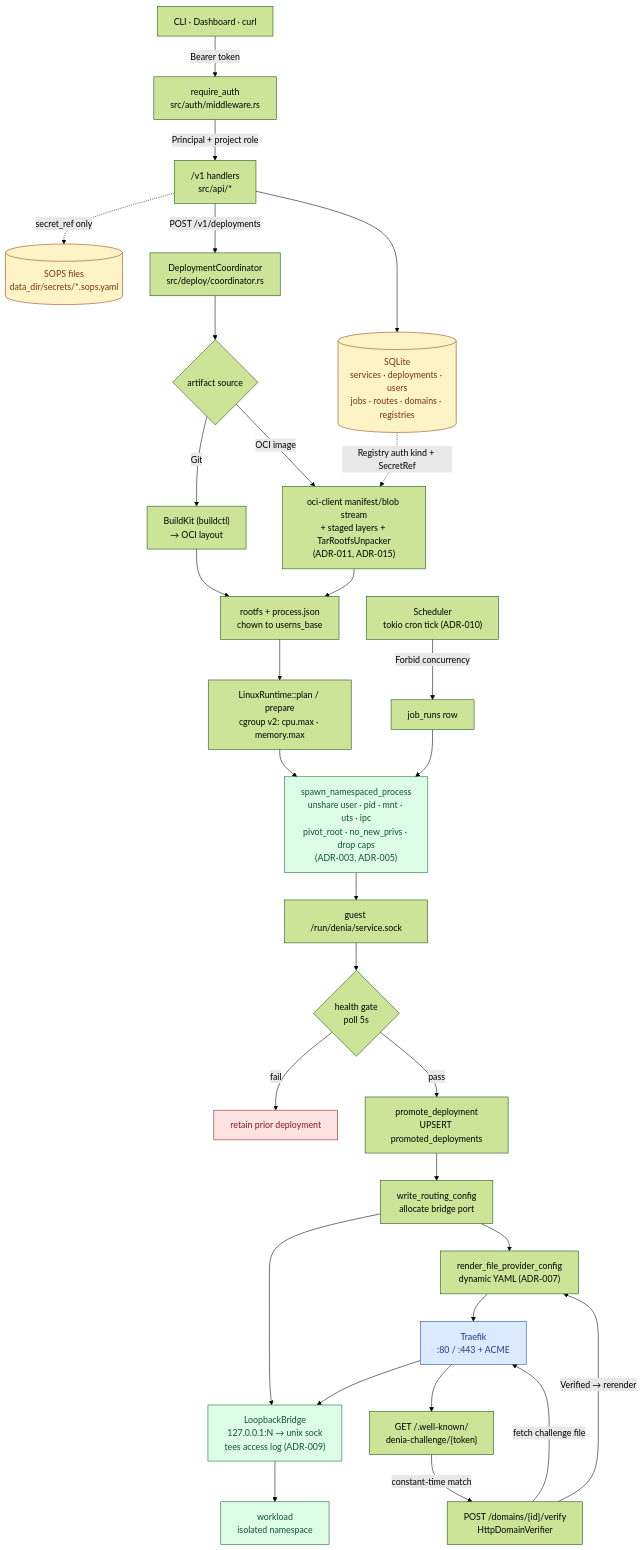
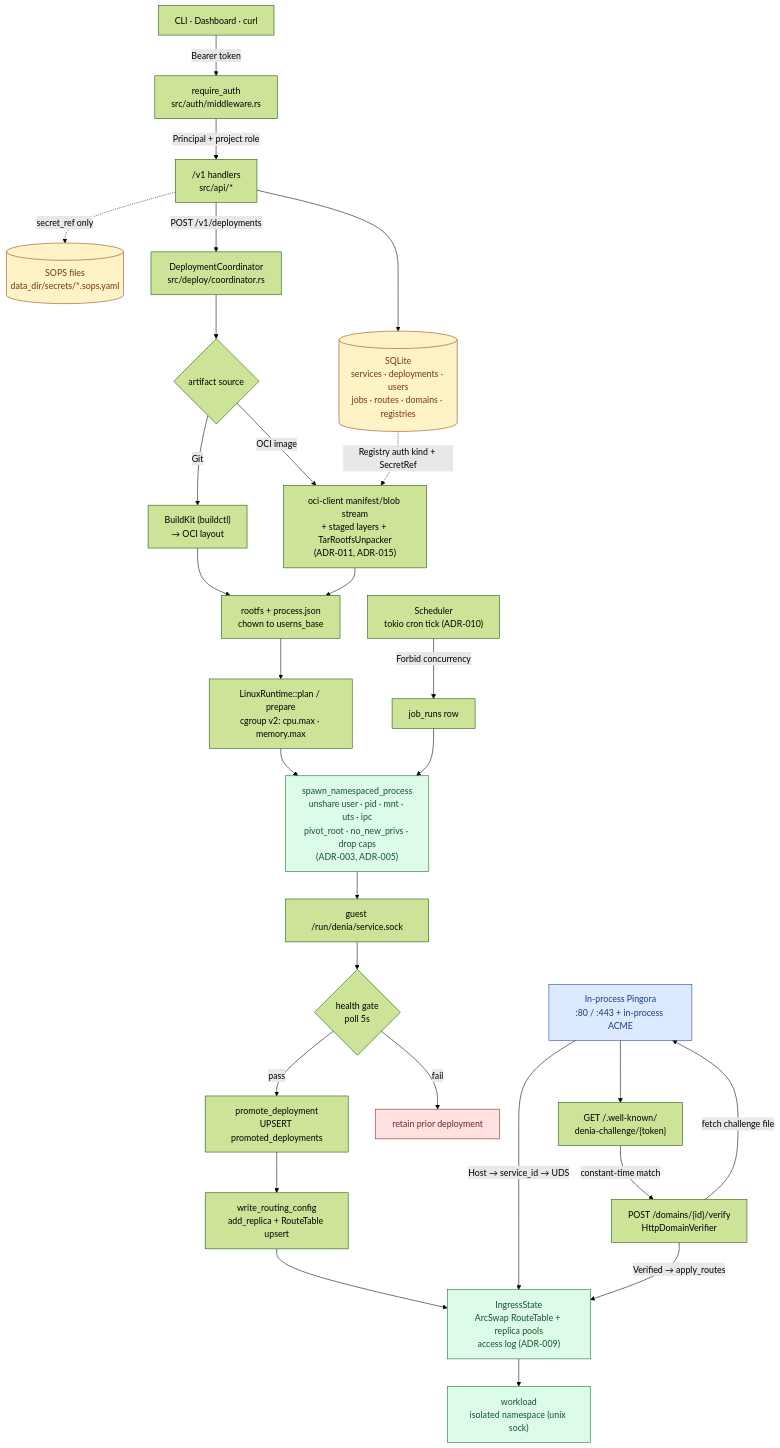
One commit to zainokta/denia changed the diagram in README.md. Above: the diagram before and after it, drawn with Mermaid (forest theme). The commit also changed other lines of this file and 3 other files, not shown here.

First line of the commit message:
docs(adr): add ADR-020 in-process Pingora ingress; supersede ADR-016

````diff
--- a/README.md
+++ b/README.md
@@ -95,50 +96,48 @@
 ```mermaid
 flowchart TB
   classDef store fill:#fef3c7,stroke:#92400e,color:#78350f
   classDef edge fill:#dbeafe,stroke:#1e40af,color:#1e3a8a
   classDef rt fill:#dcfce7,stroke:#166534,color:#14532d
   classDef warn fill:#fee2e2,stroke:#991b1b,color:#7f1d1d
 
   Client["CLI · Dashboard · curl"]
-  Edge["Traefik<br/>:80 / :443 + ACME"]:::edge
+  Edge["In-process Pingora<br/>:80 / :443 + in-process ACME"]:::edge
   Challenge["GET /.well-known/<br/>denia-challenge/{token}"]
 
   Client -- "Bearer token" --> Auth["require_auth<br/>src/auth/middleware.rs"]
   Auth -- "Principal + project role" --> API["/v1 handlers<br/>src/api/*"]
 
   API --> Store[("SQLite<br/>services · deployments · users<br/>jobs · routes · domains · registries")]:::store
   API -. "secret_ref only" .-> SOPS[("SOPS files<br/>data_dir/secrets/*.sops.yaml")]:::store
 
   API -- "POST /v1/deployments" --> Coord["DeploymentCoordinator<br/>src/deploy/coordinator.rs"]
 
   Coord --> Acq{"artifact source"}
   Acq -- "Git" --> BK["BuildKit (buildctl)<br/>→ OCI layout"]
   Acq -- "OCI image" --> Pull["oci-client manifest/blob stream<br/>+ staged layers + TarRootfsUnpacker<br/>(ADR-011, ADR-015)"]
   Store -. "Registry auth kind + SecretRef" .-> Pull
   BK --> Bundle["rootfs + process.json<br/>chown to userns_base"]
   Pull --> Bundle
 
   Bundle --> Plan["LinuxRuntime::plan / prepare<br/>cgroup v2: cpu.max · memory.max"]
   Plan --> Spawn["spawn_namespaced_process<br/>unshare user · pid · mnt · uts · ipc<br/>pivot_root · no_new_privs · drop caps<br/>(ADR-003, ADR-005)"]:::rt
   Spawn --> Sock["guest /run/denia/service.sock"]
 
   Sock --> Health{"health gate<br/>poll 5s"}
   Health -- "fail" --> Rollback["retain prior deployment"]:::warn
   Health -- "pass" --> Promote["promote_deployment<br/>UPSERT promoted_deployments"]
 
-  Promote --> Routing["write_routing_config<br/>allocate bridge port"]
-  Routing --> Bridge["LoopbackBridge<br/>127.0.0.1:N → unix sock<br/>tees access log (ADR-009)"]:::rt
-  Routing --> Traefik["render_file_provider_config<br/>dynamic YAML (ADR-007)"]
+  Promote --> Routing["write_routing_config<br/>add_replica + RouteTable upsert"]
+  Routing --> IngressState["IngressState<br/>ArcSwap RouteTable + replica pools<br/>access log (ADR-009)"]:::rt
 
-  Traefik --> Edge
-  Edge --> Bridge
-  Bridge --> Workload["workload<br/>isolated namespace"]:::rt
+  Edge -- "Host → service_id → UDS" --> IngressState
+  IngressState --> Workload["workload<br/>isolated namespace (unix sock)"]:::rt
 
   Verify["POST /domains/{id}/verify<br/>HttpDomainVerifier"] -- "fetch challenge file" --> Edge
   Edge --> Challenge
   Challenge -- "constant-time match" --> Verify
-  Verify -- "Verified → rerender" --> Traefik
+  Verify -- "Verified → apply_routes" --> IngressState
 
   Sched["Scheduler<br/>tokio cron tick (ADR-010)"] -- "Forbid concurrency" --> JobRun["job_runs row"]
   JobRun --> Spawn
 ```
````
